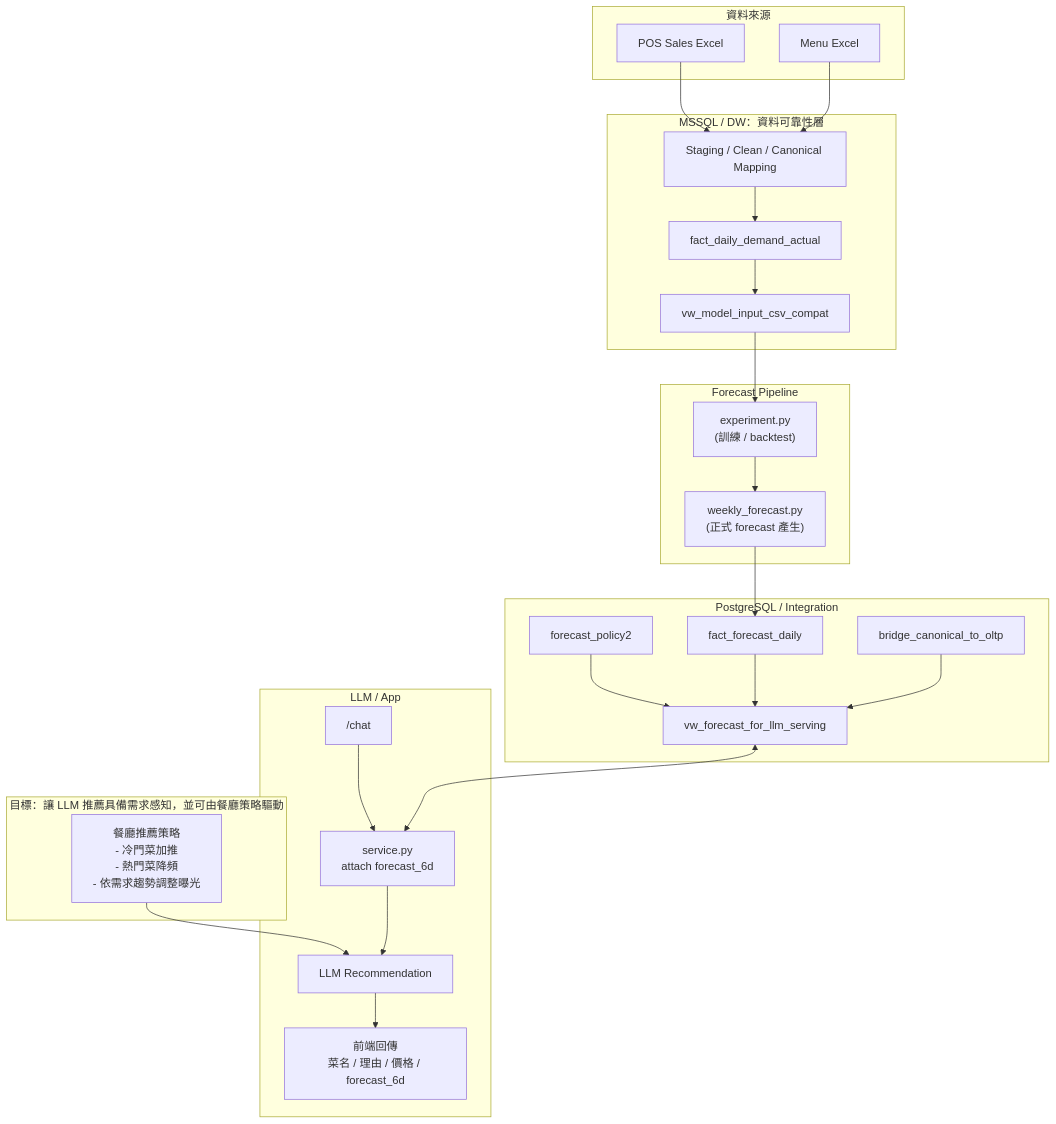
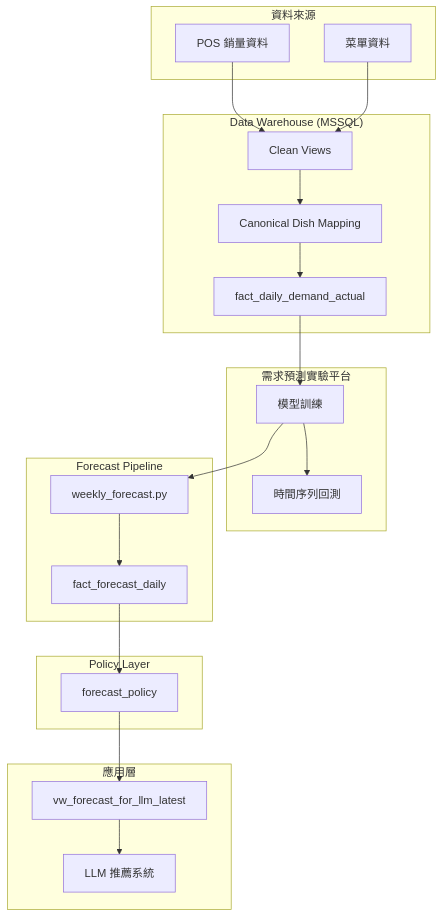
Before and after one commit to cyhsu15/aiorderfood: the first of 2 diagrams in README.md, drawn with Mermaid. The commit also changed other lines of this file and 3 other files, not shown here.

````diff
--- a/README.md
+++ b/README.md
@@ -140,52 +44,44 @@
 ```mermaid
 flowchart TB
- subgraph GOAL["目標：讓 LLM 推薦具備需求感知，並可由餐廳策略驅動"]
-        STRAT["餐廳推薦策略<br/>- 冷門菜加推<br/>- 熱門菜降頻<br/>- 依需求趨勢調整曝光"]
+ subgraph SRC["資料來源"]
+        POS["POS 銷量資料"]
+        MENU["菜單資料"]
   end
 
- subgraph SRC["資料來源"]
-        POS["POS Sales Excel"]
-        MENU["Menu Excel"]
+ subgraph DW["Data Warehouse (MSSQL)"]
+        CLEAN["Clean Views"]
+        CANON["Canonical Dish Mapping"]
+        FACT["fact_daily_demand_actual"]
   end
 
- subgraph DW["MSSQL / DW：資料可靠性層"]
-        STG["Staging / Clean / Canonical Mapping"]
-        FACT_A["fact_daily_demand_actual"]
-        V_INPUT["vw_model_input_csv_compat"]
+ subgraph ML["需求預測實驗平台"]
+        TRAIN["模型訓練"]
+        BACKTEST["時間序列回測"]
   end
 
- subgraph FORECAST["Forecast Pipeline"]
-        TRAIN["experiment.py<br/>(訓練 / backtest)"]
-        WF["weekly_forecast.py<br/>(正式 forecast 產生)"]
+ subgraph PIPE["Forecast Pipeline"]
+        FORECAST["weekly_forecast.py"]
+        FACT_F["fact_forecast_daily"]
   end
 
- subgraph PG["PostgreSQL / Integration"]
-        FACT_F["fact_forecast_daily"]
-        POLICY["forecast_policy2"]
-        V_SERVE["vw_forecast_for_llm_serving"]
-        BRIDGE["bridge_canonical_to_oltp"]
+ subgraph POLICY["Policy Layer"]
+        POLICY_T["forecast_policy"]
   end
 
- subgraph APP["LLM / App"]
-        CHAT["/chat"]
-        SVC["service.py<br/>attach forecast_6d"]
-        LLM["LLM Recommendation"]
-        OUT["前端回傳<br/>菜名 / 理由 / 價格 / forecast_6d"]
+ subgraph APP["應用層"]
+        VIEW["vw_forecast_for_llm_latest"]
+        LLM["LLM 推薦系統"]
   end
 
-    STRAT --> LLM
-    POS --> STG
-    MENU --> STG
-    STG --> FACT_A
-    FACT_A --> V_INPUT
-    V_INPUT --> TRAIN
-    TRAIN --> WF
-    WF --> FACT_F
-    POLICY --> V_SERVE
-    FACT_F --> V_SERVE
-    BRIDGE --> V_SERVE
-    CHAT --> SVC
-    SVC --> LLM
-    V_SERVE <--> SVC
-    LLM --> OUT
+    POS --> CLEAN
+    MENU --> CLEAN
+    CLEAN --> CANON
+    CANON --> FACT
+    FACT --> TRAIN
+    TRAIN --> BACKTEST
+    TRAIN --> FORECAST
+    FORECAST --> FACT_F
+    FACT_F --> POLICY_T
+    POLICY_T --> VIEW
+    VIEW --> LLM
 ```
````
